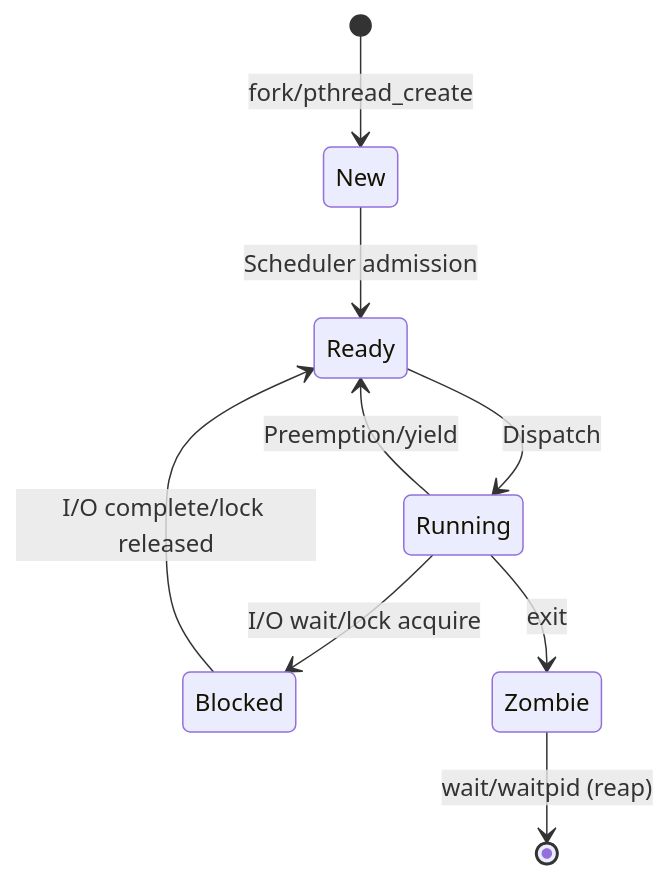
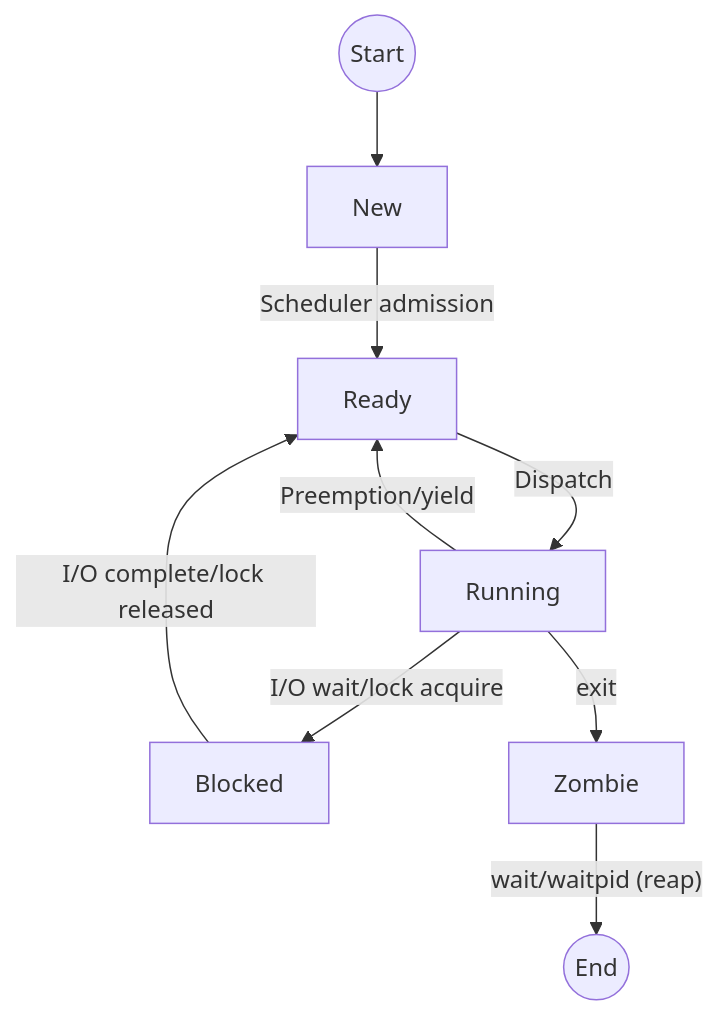
One commit to blebleblee/synapse changed the first of 4 diagrams in topics/computing/infrastructure/devops/lesson_02_architecture_and_mechanics.md. Above: the diagram before and after it, drawn with Mermaid. The commit also changed 1464 other files, not shown here.

Commit message:
feat(release): curriculum vector mermaid upgrade, render hardening, and master synpack

````diff
--- a/topics/computing/infrastructure/devops/lesson_02_architecture_and_mechanics.md
+++ b/topics/computing/infrastructure/devops/lesson_02_architecture_and_mechanics.md
@@ -122,11 +122,11 @@
 ```mermaid
-stateDiagram-v2
-    [*] --> New: fork/pthread_create
-    New --> Ready: Scheduler admission
-    Ready --> Running: Dispatch
-    Running --> Ready: Preemption/yield
-    Running --> Blocked: I/O wait/lock acquire
-    Blocked --> Ready: I/O complete/lock released
-    Running --> Zombie: exit
-    Zombie --> [*]: wait/waitpid (reap)
+flowchart TD
+    Start(("Start")) --> New["New"]
+    New -->|"Scheduler admission"| Ready["Ready"]
+    Ready -->|"Dispatch"| Running["Running"]
+    Running -->|"Preemption/yield"| Ready
+    Running -->|"I/O wait/lock acquire"| Blocked["Blocked"]
+    Blocked -->|"I/O complete/lock released"| Ready
+    Running -->|"exit"| Zombie["Zombie"]
+    Zombie -->|"wait/waitpid (reap)"| End(("End"))
 ```
````
